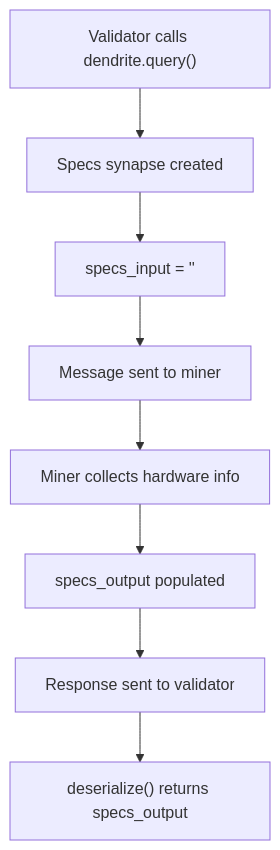
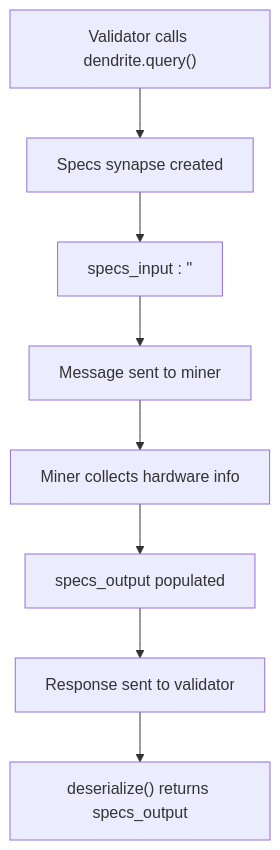
One commit to neuralinternet/docs changed the third of 5 diagrams in src/content/docs/communication-protocols/specs-allocate-and-challenge-protocols.mdx. Above: the diagram before and after it, drawn with Mermaid. The commit also changed other lines of this file and 184 other files, not shown here.

````diff
--- a/src/content/docs/communication-protocols/specs-allocate-and-challenge-protocols.mdx
+++ b/src/content/docs/communication-protocols/specs-allocate-and-challenge-protocols.mdx
@@ -150,10 +150,10 @@
 ```mermaid
 flowchart TD
     A["Validator calls dendrite.query()"] --> B["Specs synapse created"]
-    B --> C["specs_input = ''"]
+    B --> C["specs_input : ''"]
     C --> D["Message sent to miner"]
     D --> E["Miner collects hardware info"]
     E --> F["specs_output populated"]
     F --> G["Response sent to validator"]
     G --> H["deserialize() returns specs_output"]
 ```
````
